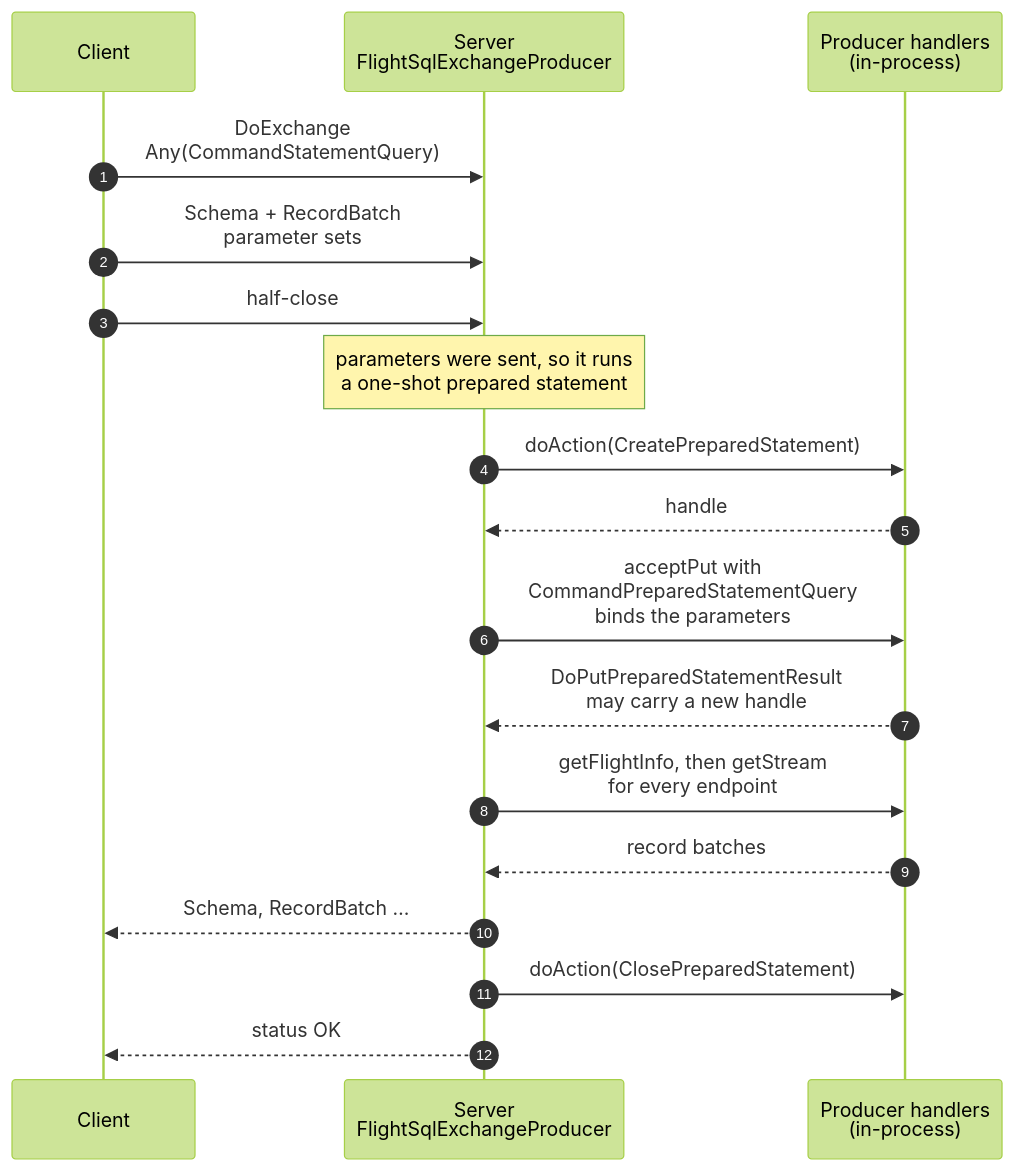
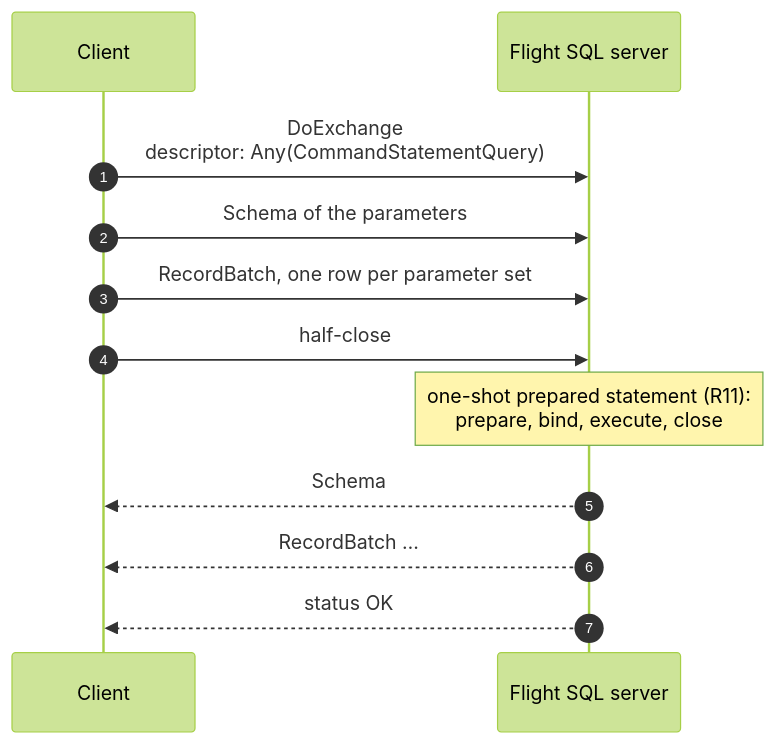
The third of 11 diagrams in flight/flight-sql/flight-sql-over-doexchange.md (xborder/arrow-java), drawn with Mermaid (forest theme) before and after one commit. The commit also changed other lines of this file, not shown here.

First line of the commit message:
[FlightSQL] Rework the DoExchange notes into a protocol proposal

````diff
--- a/flight/flight-sql/flight-sql-over-doexchange.md
+++ b/flight/flight-sql/flight-sql-over-doexchange.md
@@ -205,20 +305,14 @@
 ```mermaid
 sequenceDiagram
     autonumber
     participant C as Client
-    participant S as Server<br/>FlightSqlExchangeProducer
-    participant P as Producer handlers<br/>(in-process)
-    C->>S: DoExchange<br/>Any(CommandStatementQuery)
-    C->>S: Schema + RecordBatch<br/>parameter sets
+    participant S as Flight SQL server
+    C->>S: DoExchange<br/>descriptor: Any(CommandStatementQuery)
+    C->>S: Schema of the parameters
+    C->>S: RecordBatch, one row per parameter set
     C->>S: half-close
-    Note over S: parameters were sent, so it runs<br/>a one-shot prepared statement
-    S->>P: doAction(CreatePreparedStatement)
-    P-->>S: handle
-    S->>P: acceptPut with<br/>CommandPreparedStatementQuery<br/>binds the parameters
-    P-->>S: DoPutPreparedStatementResult<br/>may carry a new handle
-    S->>P: getFlightInfo, then getStream<br/>for every endpoint
-    P-->>S: record batches
-    S-->>C: Schema, RecordBatch …
-    S->>P: doAction(ClosePreparedStatement)
+    Note over S: one-shot prepared statement (R11):<br/>prepare, bind, execute, close
+    S-->>C: Schema
+    S-->>C: RecordBatch …
     S-->>C: status OK
 ```
````
